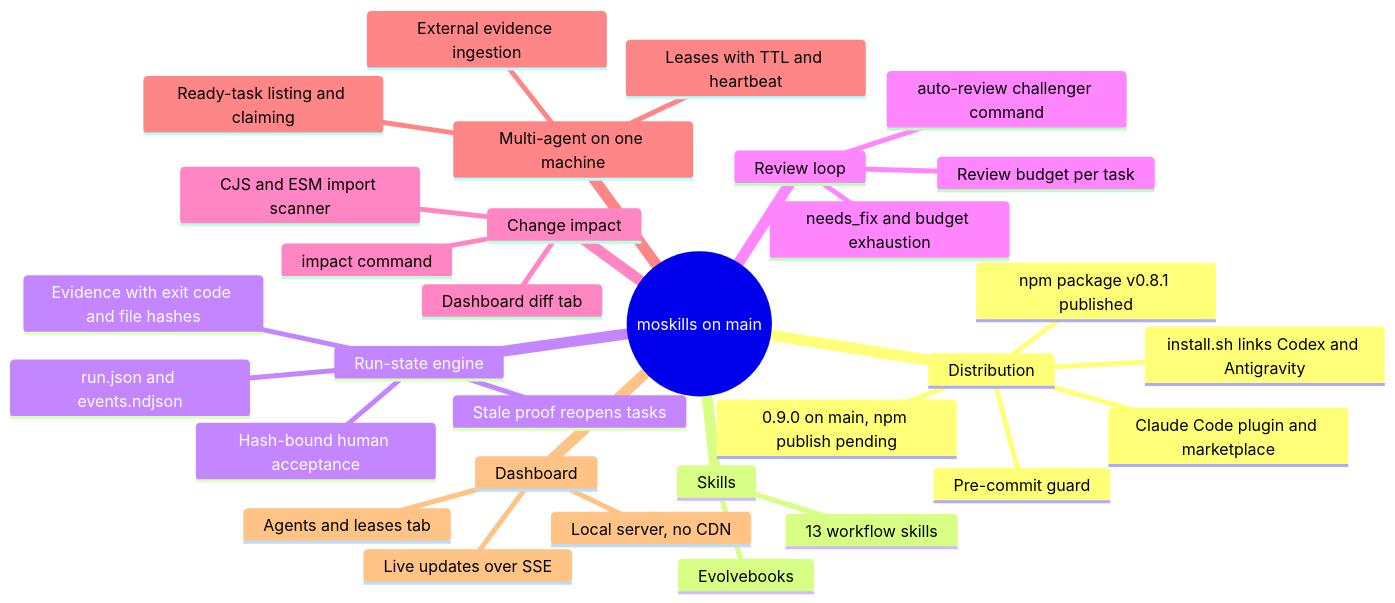
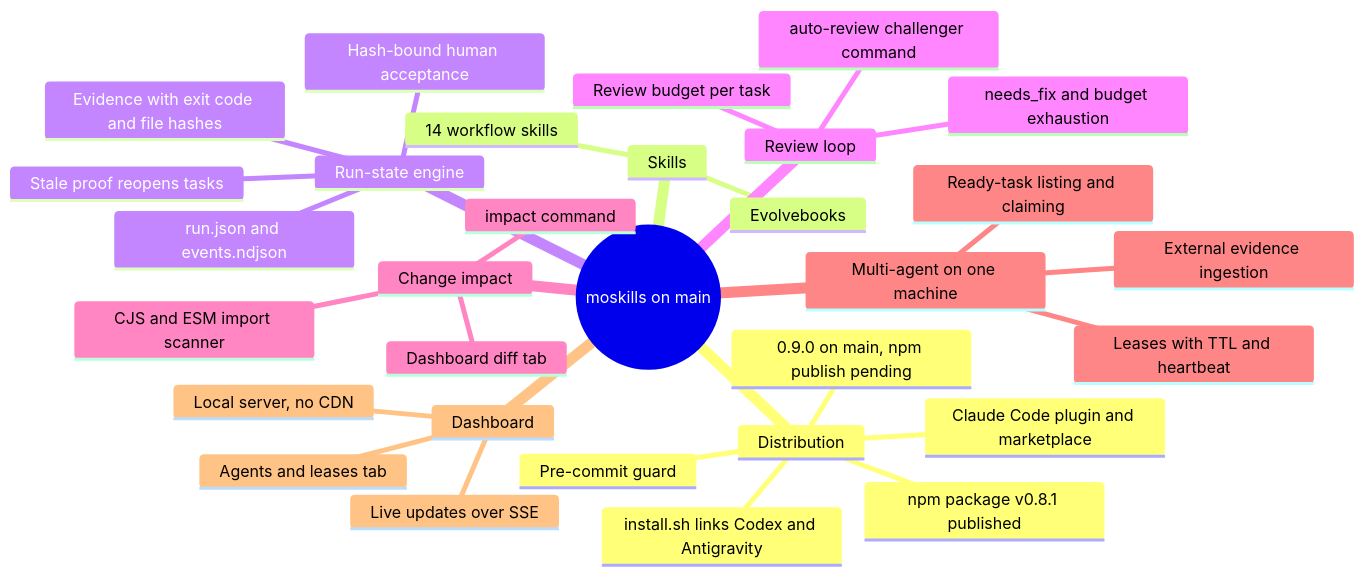
The first of 2 diagrams in docs/roadmap.md (Mouad1/moskills), drawn with Mermaid before and after one commit. The commit also changed other lines of this file and 14 other files, not shown here.

````diff
--- a/docs/roadmap.md
+++ b/docs/roadmap.md
@@ -27,34 +27,34 @@
 ```mermaid
 mindmap
   root((moskills on main))
     Distribution
       npm package v0.8.1 published
       0.9.0 on main, npm publish pending
       Claude Code plugin and marketplace
       install.sh links Codex and Antigravity
       Pre-commit guard
     Skills
-      13 workflow skills
+      14 workflow skills
       Evolvebooks
     Run-state engine
       run.json and events.ndjson
       Evidence with exit code and file hashes
       Stale proof reopens tasks
       Hash-bound human acceptance
     Review loop
       Review budget per task
       needs_fix and budget exhaustion
       auto-review challenger command
     Change impact
       CJS and ESM import scanner
       impact command
       Dashboard diff tab
     Multi-agent on one machine
       Leases with TTL and heartbeat
       Ready-task listing and claiming
       External evidence ingestion
     Dashboard
       Local server, no CDN
       Live updates over SSE
       Agents and leases tab
 ```
````
